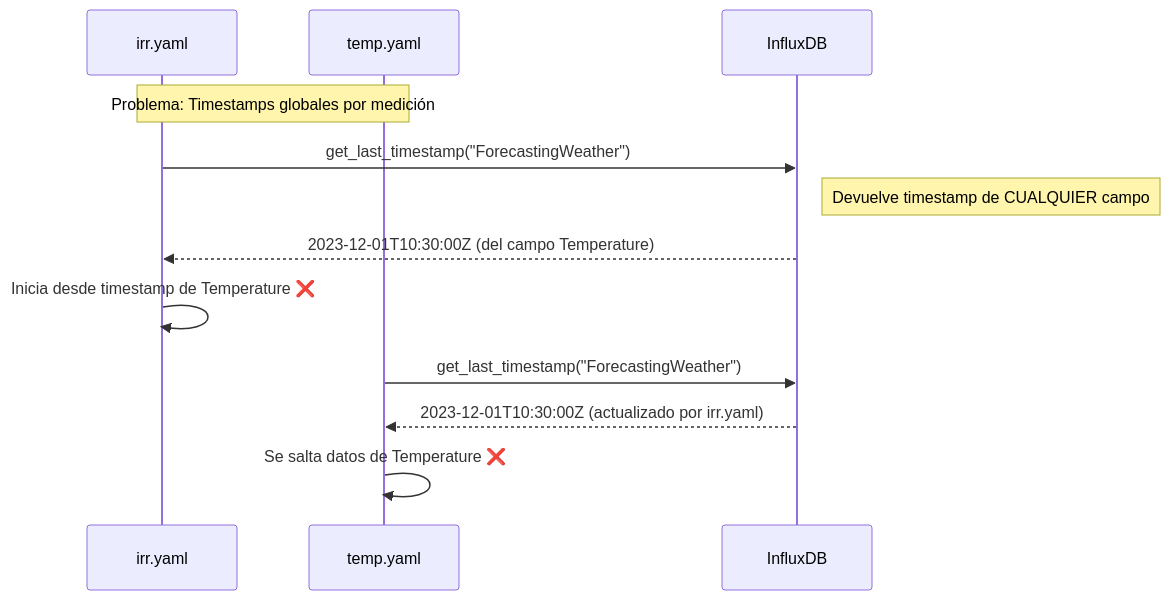
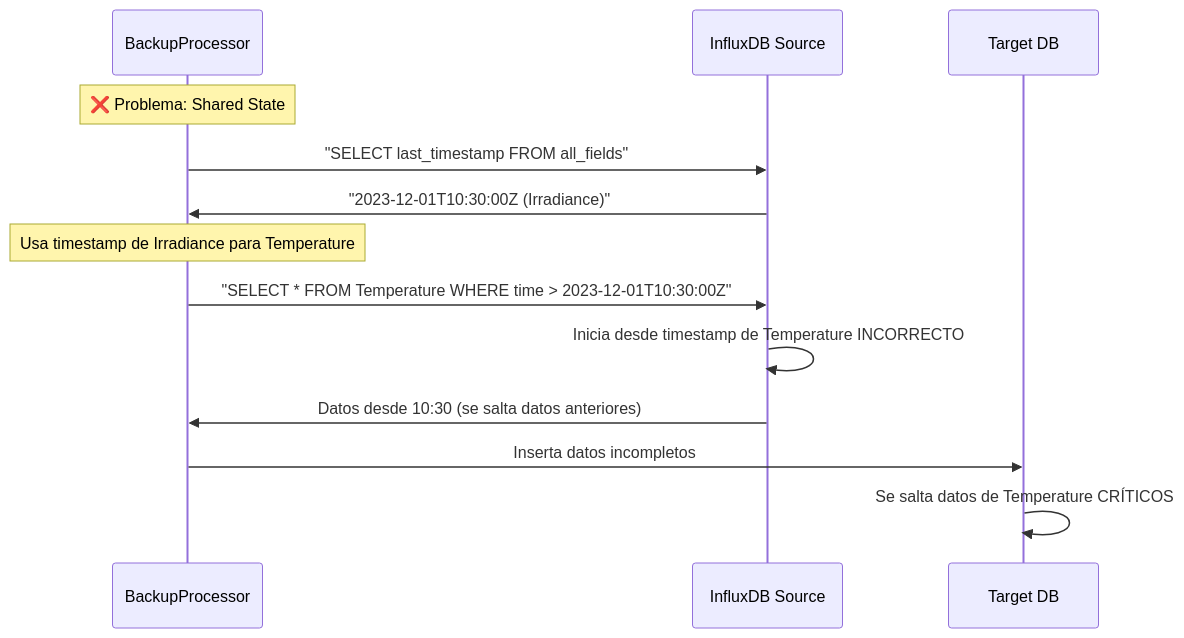
The second of 4 diagrams in README.md (TacoronteRiveroCristian/backup-influxdb), drawn with Mermaid before and after one commit. The commit also changed other lines of this file and 22 other files, not shown here.

````diff
--- a/README.md
+++ b/README.md
@@ -223,17 +219,17 @@
 ```mermaid
 sequenceDiagram
-    participant I as irr.yaml
-    participant T as temp.yaml
-    participant DB as InfluxDB
+    participant B as BackupProcessor
+    participant I as InfluxDB Source
+    participant T as Target DB
 
-    Note over I, T: Problema: Timestamps globales por medición
+    Note over B: ❌ Problema: Shared State
+    B->>I: "SELECT last_timestamp FROM all_fields"
+    I->>B: "2023-12-01T10:30:00Z (Irradiance)"
 
-    I->>DB: get_last_timestamp("ForecastingWeather")
-    Note right of DB: Devuelve timestamp de CUALQUIER campo
-    DB-->>I: 2023-12-01T10:30:00Z (del campo Temperature)
-    I->>I: Inicia desde timestamp de Temperature ❌
-
-    T->>DB: get_last_timestamp("ForecastingWeather")
-    DB-->>T: 2023-12-01T10:30:00Z (actualizado por irr.yaml)
-    T->>T: Se salta datos de Temperature ❌
+    Note over B: Usa timestamp de Irradiance para Temperature
+    B->>I: "SELECT * FROM Temperature WHERE time > 2023-12-01T10:30:00Z"
+    I->>I: Inicia desde timestamp de Temperature INCORRECTO
+    I->>B: Datos desde 10:30 (se salta datos anteriores)
+    B->>T: Inserta datos incompletos
+    T->>T: Se salta datos de Temperature CRÍTICOS
 ```
````
